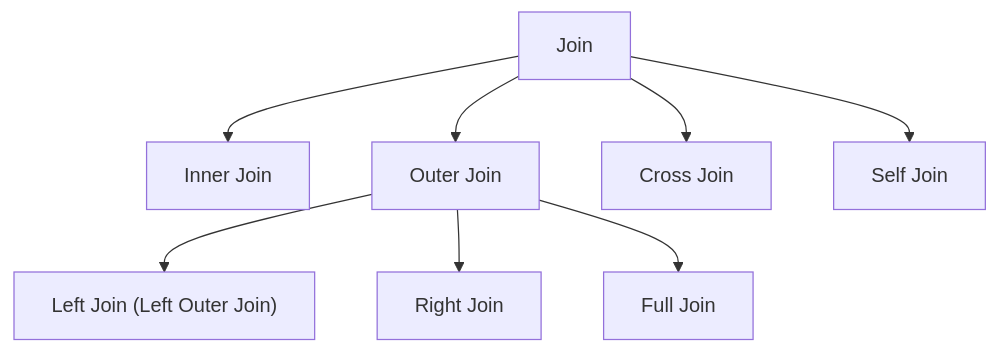
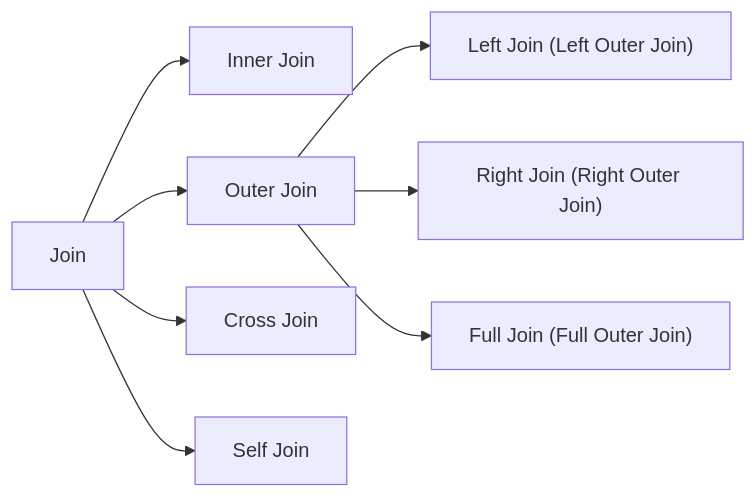
Before and after one commit to wuyichen24/system-design-knowledge: the diagram in components/database/Database_SQL_Join.md, drawn with Mermaid.

````diff
--- a/components/database/Database_SQL_Join.md
+++ b/components/database/Database_SQL_Join.md
@@ -4,10 +4,10 @@
 ```mermaid
-graph TD;
-  A[Join] --> B1[Inner Join];
-  A --> B2[Outer Join];
-  A --> B3[Cross Join];
-  A --> B4[Self Join];
+graph LR;
+  A["Join"] --> B1["Inner Join"];
+  A --> B2["Outer Join"];
+  A --> B3["Cross Join"];
+  A --> B4["Self Join"];
   B2 --> C1["Left Join (Left Outer Join)"];
-  B2 --> C2[Right Join];
-  B2 --> C3[Full Join];
+  B2 --> C2["Right Join (Right Outer Join)"];
+  B2 --> C3["Full Join (Full Outer Join)"];
 ```
````
